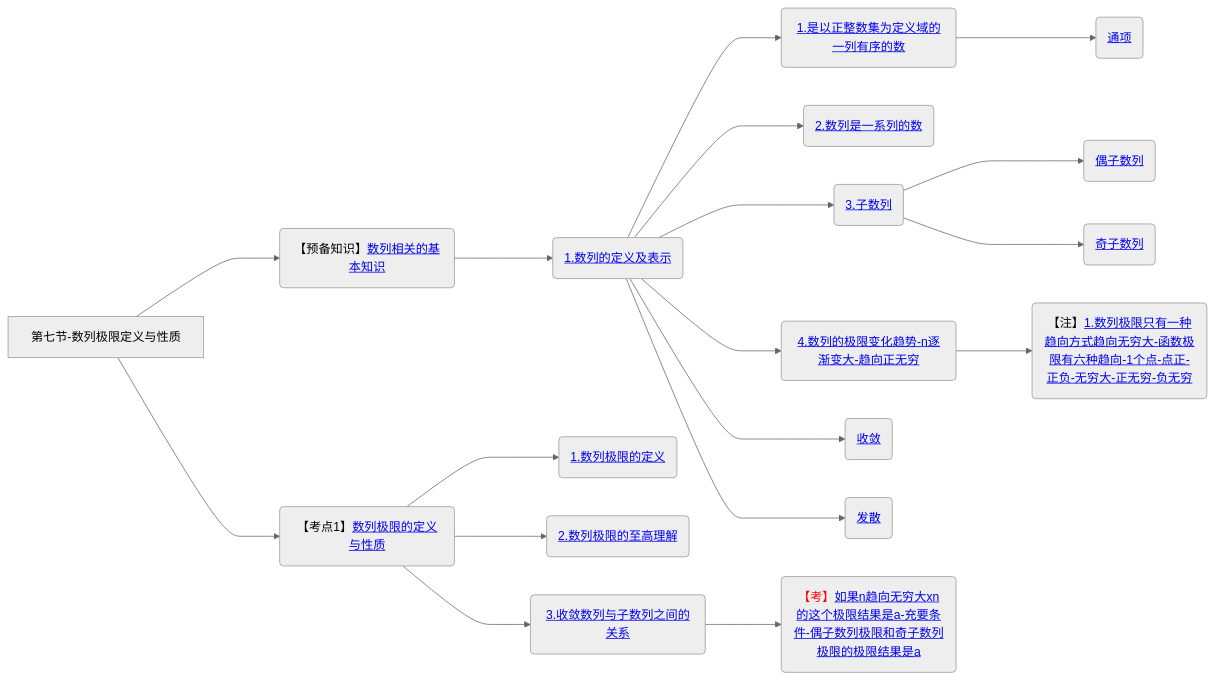
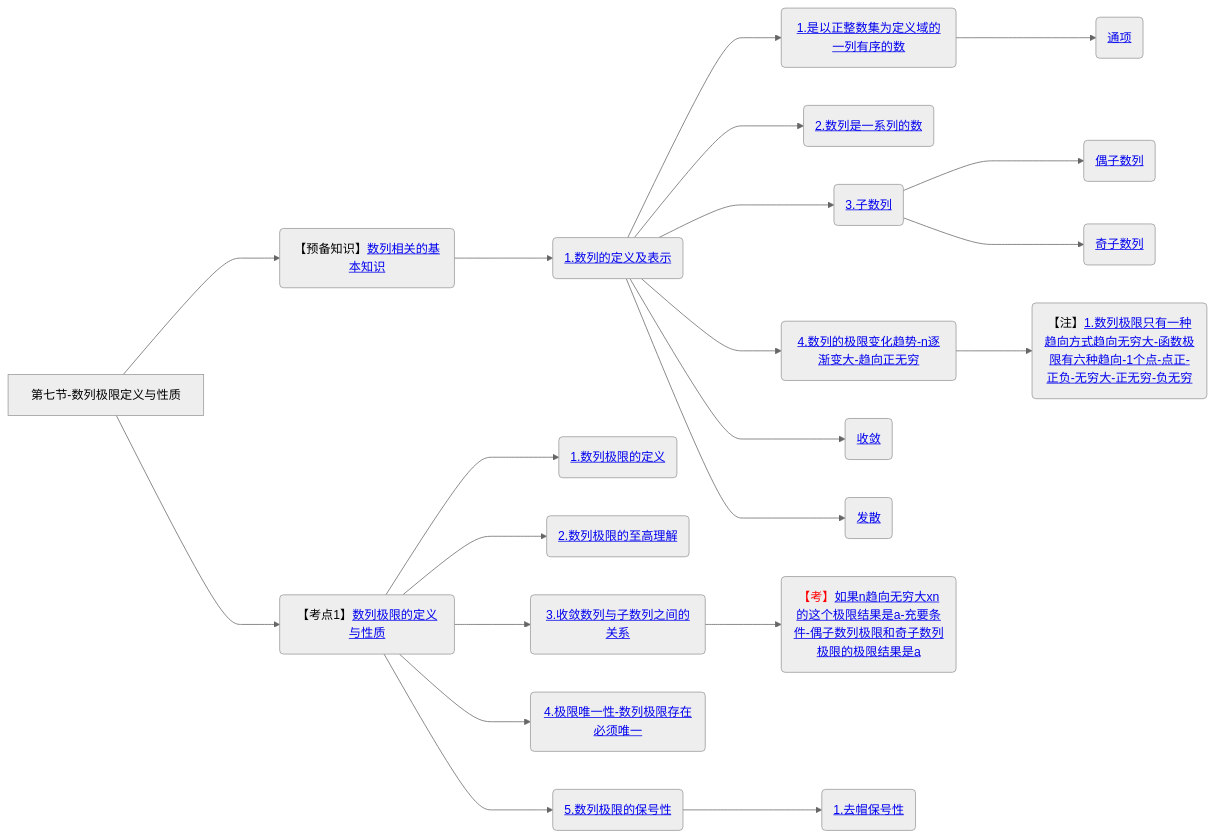
One commit to yuebinghui/note changed the seventh of 7 diagrams in 笔记/数学/周洋鑫/01.基础班思维导图.md. Above: the diagram before and after it, drawn with Mermaid (neutral theme). The commit also changed 9 other files, not shown here.

````diff
--- a/笔记/数学/周洋鑫/01.基础班思维导图.md
+++ b/笔记/数学/周洋鑫/01.基础班思维导图.md
@@ -255,27 +255,30 @@
 ```mermaid
 graph LR
 第七节-数列极限定义与性质
 
 第七节-数列极限定义与性质--->数列相关的基本知识(【预备知识】<a href="/Users/yuebinghui/Documents/program/github/note/笔记/数学/周洋鑫/基础班/07.数列极限定义与性质.md#数列相关的基本知识">数列相关的基本知识</>)
 数列相关的基本知识--->1.数列的定义及表示(<a href="/Users/yuebinghui/Documents/program/github/note/笔记/数学/周洋鑫/基础班/07.数列极限定义与性质.md#1.数列的定义及表示">1.数列的定义及表示</>)
 1.数列的定义及表示--->1.是以正整数集为定义域的一列有序的数(<a href="/Users/yuebinghui/Documents/program/github/note/笔记/数学/周洋鑫/基础班/07.数列极限定义与性质.md#1.是以正整数集为定义域的一列有序的数">1.是以正整数集为定义域的一列有序的数</>)
 1.是以正整数集为定义域的一列有序的数--->通项(<a href="/Users/yuebinghui/Documents/program/github/note/笔记/数学/周洋鑫/基础班/07.数列极限定义与性质.md#通项">通项</>)
 
 1.数列的定义及表示--->2.数列是一系列的数(<a href="/Users/yuebinghui/Documents/program/github/note/笔记/数学/周洋鑫/基础班/07.数列极限定义与性质.md#2.数列是一系列的数">2.数列是一系列的数</>)
 
 1.数列的定义及表示--->3.子数列(<a href="/Users/yuebinghui/Documents/program/github/note/笔记/数学/周洋鑫/基础班/07.数列极限定义与性质.md#3.子数列">3.子数列</>)
 3.子数列--->偶子数列(<a href="/Users/yuebinghui/Documents/program/github/note/笔记/数学/周洋鑫/基础班/07.数列极限定义与性质.md#偶子数列">偶子数列</>)
 3.子数列--->奇子数列(<a href="/Users/yuebinghui/Documents/program/github/note/笔记/数学/周洋鑫/基础班/07.数列极限定义与性质.md#奇子数列">奇子数列</>)
 
 1.数列的定义及表示--->4.数列的极限变化趋势-n逐渐变大-趋向正无穷(<a href="/Users/yuebinghui/Documents/program/github/note/笔记/数学/周洋鑫/基础班/07.数列极限定义与性质.md#4.数列的极限变化趋势-n逐渐变大-趋向正无穷">4.数列的极限变化趋势-n逐渐变大-趋向正无穷</>)
 4.数列的极限变化趋势-n逐渐变大-趋向正无穷--->1.数列极限只有一种趋向方式趋向无穷大-函数极限有六种趋向-1个点-点正-正负-无穷大-正无穷-负无穷(【注】<a href="/Users/yuebinghui/Documents/program/github/note/笔记/数学/周洋鑫/基础班/07.数列极限定义与性质.md#1.数列极限只有一种趋向方式趋向无穷大-函数极限有六种趋向-1个点-点正-正负-无穷大-正无穷-负无穷">1.数列极限只有一种趋向方式趋向无穷大-函数极限有六种趋向-1个点-点正-正负-无穷大-正无穷-负无穷</>)
 1.数列的定义及表示--->收敛(<a href="/Users/yuebinghui/Documents/program/github/note/笔记/数学/周洋鑫/基础班/07.数列极限定义与性质.md#收敛">收敛</>)
 1.数列的定义及表示--->发散(<a href="/Users/yuebinghui/Documents/program/github/note/笔记/数学/周洋鑫/基础班/07.数列极限定义与性质.md#发散">发散</>)
 
 
 第七节-数列极限定义与性质--->数列极限的定义与性质(【考点1】<a href="/Users/yuebinghui/Documents/program/github/note/笔记/数学/周洋鑫/基础班/07.数列极限定义与性质.md#数列极限的定义与性质">数列极限的定义与性质</>)
 数列极限的定义与性质--->1.数列极限的定义(<a href="/Users/yuebinghui/Documents/program/github/note/笔记/数学/周洋鑫/基础班/07.数列极限定义与性质.md#1.数列极限的定义">1.数列极限的定义</>)
 数列极限的定义与性质--->2.数列极限的至高理解(<a href="/Users/yuebinghui/Documents/program/github/note/笔记/数学/周洋鑫/基础班/07.数列极限定义与性质.md#2.数列极限的至高理解">2.数列极限的至高理解</>)
 数列极限的定义与性质--->3.收敛数列与子数列之间的关系(<a href="/Users/yuebinghui/Documents/program/github/note/笔记/数学/周洋鑫/基础班/07.数列极限定义与性质.md#3.收敛数列与子数列之间的关系">3.收敛数列与子数列之间的关系</>)
 3.收敛数列与子数列之间的关系--->如果n趋向无穷大xn的这个极限结果是a-充要条件-偶子数列极限和奇子数列极限的极限结果是a(<span style="color:red">【考】</span><a href="/Users/yuebinghui/Documents/program/github/note/笔记/数学/周洋鑫/基础班/07.数列极限定义与性质.md#如果n趋向无穷大xn的这个极限结果是a-充要条件-偶子数列极限和奇子数列极限的极限结果是a">如果n趋向无穷大xn的这个极限结果是a-充要条件-偶子数列极限和奇子数列极限的极限结果是a</>)
+数列极限的定义与性质--->4.极限唯一性-数列极限存在必须唯一(<a href="/Users/yuebinghui/Documents/program/github/note/笔记/数学/周洋鑫/基础班/07.数列极限定义与性质.md#4.极限唯一性-数列极限存在必须唯一">4.极限唯一性-数列极限存在必须唯一</>)
+数列极限的定义与性质--->5.数列极限的保号性(<a href="/Users/yuebinghui/Documents/program/github/note/笔记/数学/周洋鑫/基础班/07.数列极限定义与性质.md#5.数列极限的保号性">5.数列极限的保号性</>)
+5.数列极限的保号性--->1.去帽保号性(<a href="/Users/yuebinghui/Documents/program/github/note/笔记/数学/周洋鑫/基础班/07.数列极限定义与性质.md#1.去帽保号性">1.去帽保号性</>)
 ```
````
